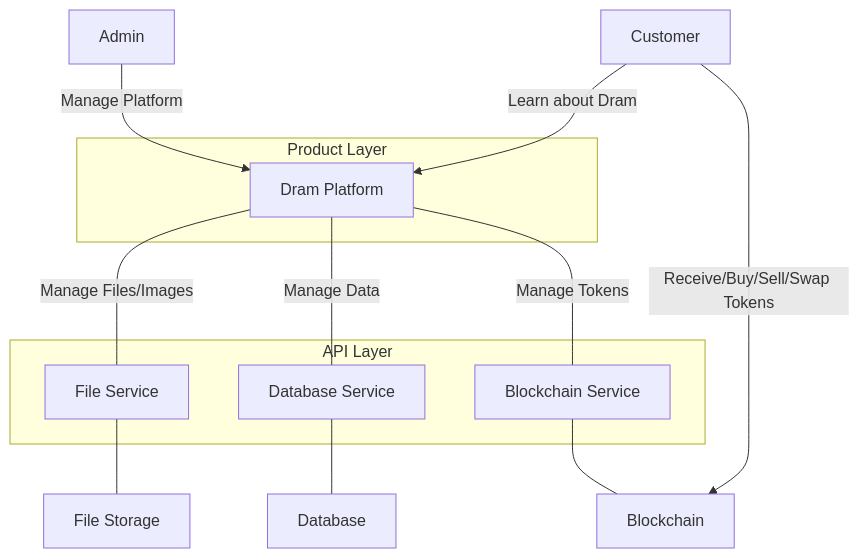
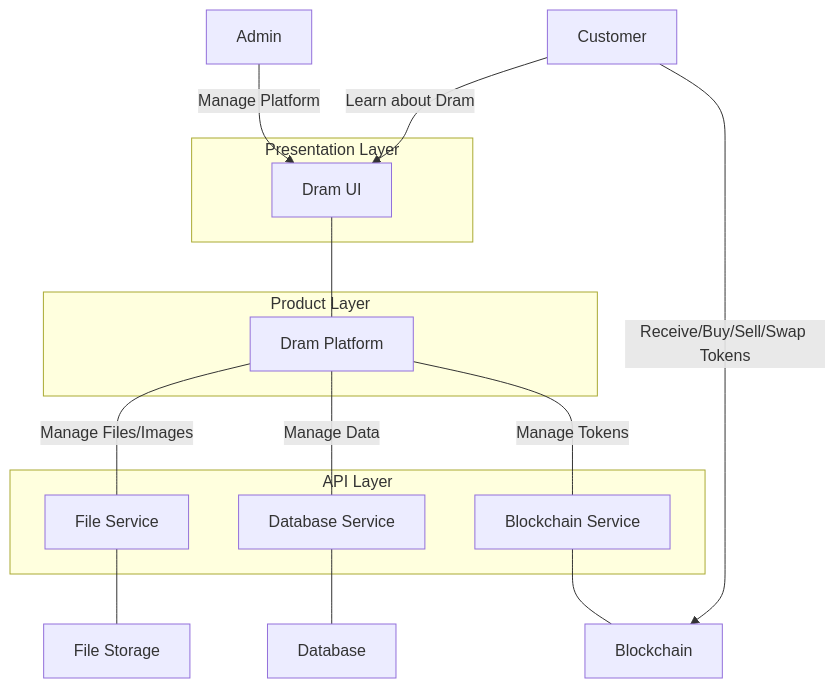
Before and after one commit to tom-craven/dram: the diagram in README.md, drawn with Mermaid.

Commit message:
Modify links and add Presentation Layer subgraph
Updated links and added subgraph for Presentation Layer.

````diff
--- a/README.md
+++ b/README.md
@@ -114,29 +114,33 @@
 ```mermaid
 flowchart TB
   wl[Customer]
   cl["Admin"]
   s3["File Storage"]
   db["Database"]
   ax["Blockchain"]
-  wl -->|Learn about Dram| dm
+  wl -->|Learn about Dram| du
   wl -->|Receive/Buy/Sell/Swap Tokens| ax
-  cl -->|Manage Platform| dm
+  cl -->|Manage Platform| du
 
+  subgraph Presentation Layer
+    du["Dram UI"]
+  end
+  du --- dm
   subgraph Product Layer
     dm["Dram Platform"]
   end
 
   subgraph API Layer
     fs["File Service"]
     ds["Database Service"]
     bl["Blockchain Service"]
   end
 
   fs --- s3
   dm ---|Manage Files/Images| fs
   dm ---|Manage Data| ds
   dm ---|Manage Tokens| bl
   ds --- db
   bl --- ax
 
 ```
````
